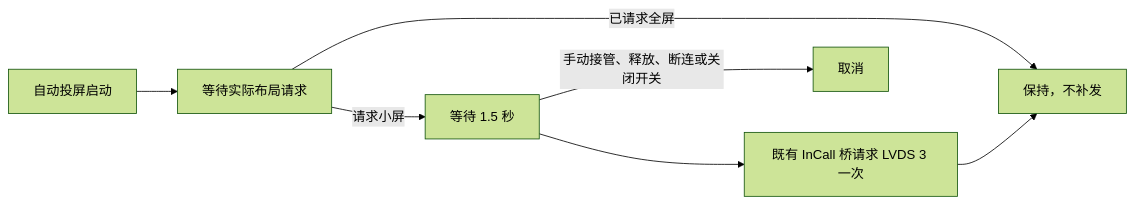
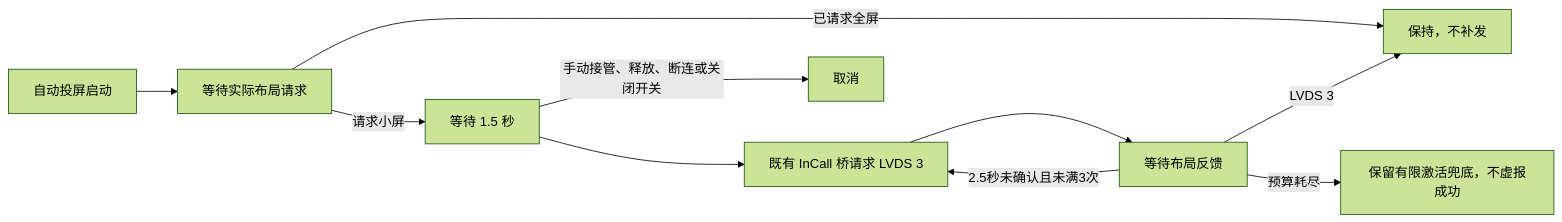
Before and after one commit to Fre0ddy1/diplay_cs75plus_changan: the diagram in docs/CHANGAN_PROJECTION.md, drawn with Mermaid (forest theme). The commit also changed other lines of this file and 27 other files, not shown here.

````diff
--- a/docs/CHANGAN_PROJECTION.md
+++ b/docs/CHANGAN_PROJECTION.md
@@ -13,9 +13,12 @@
 ```mermaid
 flowchart LR
     A[自动投屏启动] --> B[等待实际布局请求]
     B -->|已请求全屏| E[保持，不补发]
     B -->|请求小屏| C[等待 1.5 秒]
-    C --> D[既有 InCall 桥请求 LVDS 3 一次]
-    D --> E
+    C --> D[既有 InCall 桥请求 LVDS 3]
+    D --> G[等待布局反馈]
+    G -->|LVDS 3| E
+    G -->|2.5秒未确认且未满3次| D
+    G -->|预算耗尽| H[保留有限激活兜底，不虚报成功]
     C -->|手动接管、释放、断连或关闭开关| F[取消]
 ```
````
